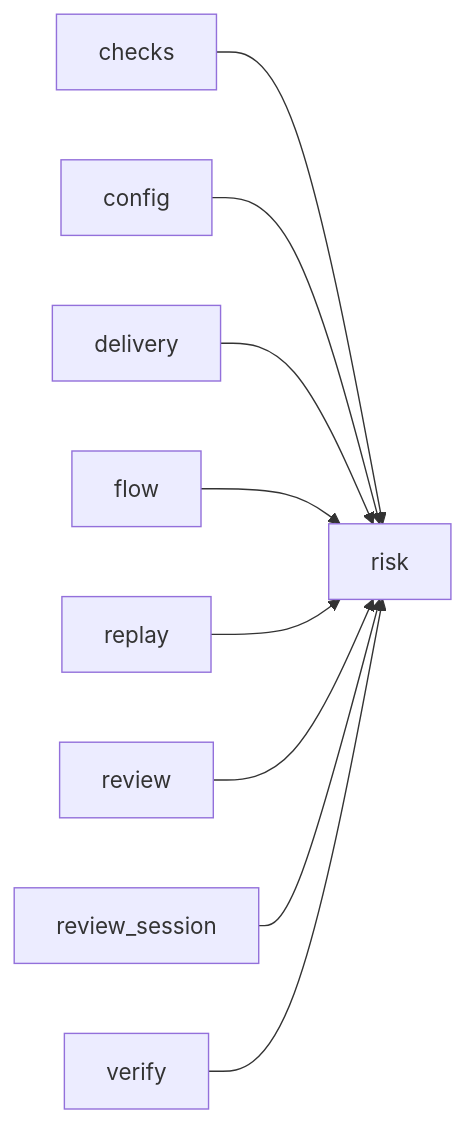
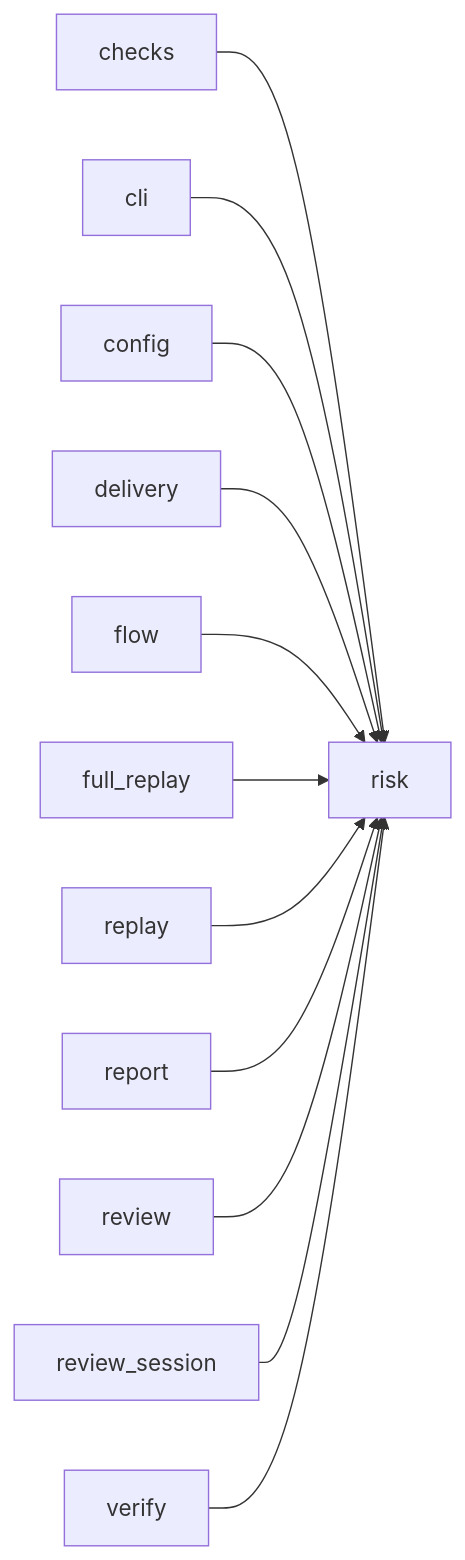
The third of 3 diagrams in docs/architecture/modules/risk.md (plaplanche/ariane), drawn with Mermaid before and after one commit. The commit also changed other lines of this file and 41 other files, not shown here.

Commit message:
#186: Sampled full replay, escapes and escape rate in ariane report (C9, C19)

````diff
--- a/docs/architecture/modules/risk.md
+++ b/docs/architecture/modules/risk.md
@@ -72,11 +77,14 @@
 ```mermaid
 flowchart LR
   checks --> risk
+  cli --> risk
   config --> risk
   delivery --> risk
   flow --> risk
+  full_replay --> risk
   replay --> risk
+  report --> risk
   review --> risk
   review_session --> risk
   verify --> risk
 ```
````
